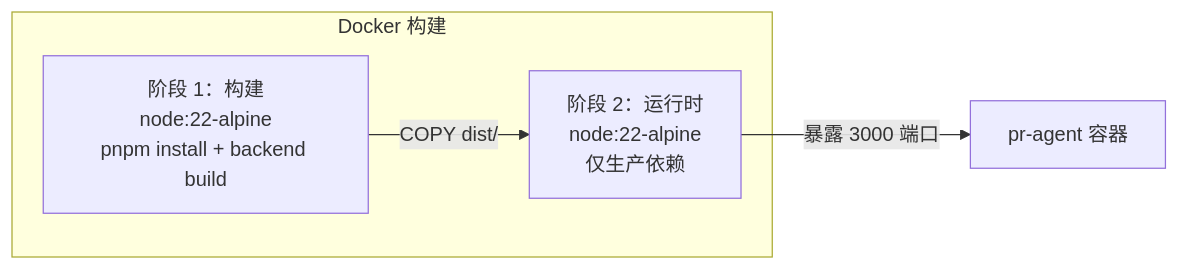
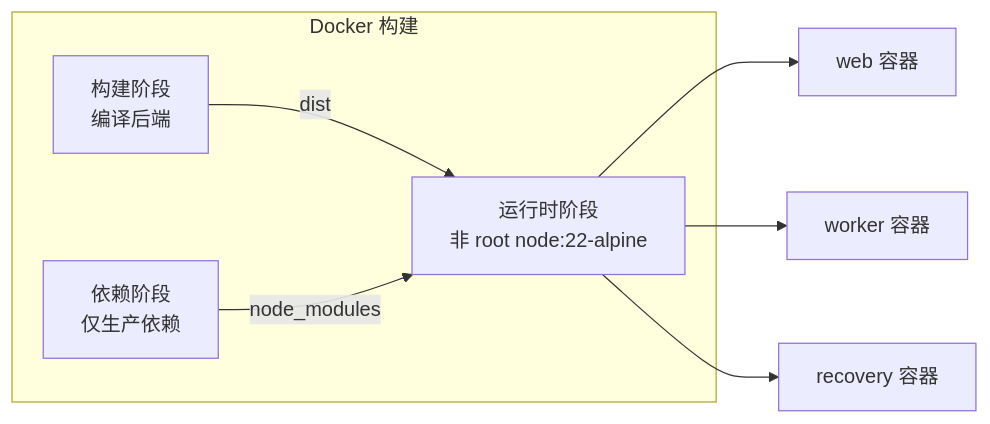
Before and after one commit to condevtools/pr-agent: the seventh of 8 diagrams in README-zh.md, drawn with Mermaid. The commit also changed other lines of this file and 37 other files, not shown here.

````diff
--- a/README-zh.md
+++ b/README-zh.md
@@ -581,9 +581,13 @@
 ```mermaid
 graph LR
     subgraph Docker 构建
-        B1[阶段 1：构建<br/>node:22-alpine<br/>pnpm install + backend build]
-        B2[阶段 2：运行时<br/>node:22-alpine<br/>仅生产依赖]
-        B1 -->|COPY dist/| B2
+        B1[构建阶段<br/>编译后端]
+        B2[依赖阶段<br/>仅生产依赖]
+        B3[运行时阶段<br/>非 root node:22-alpine]
+        B1 -->|dist| B3
+        B2 -->|node_modules| B3
     end
-    B2 -->|暴露 3000 端口| SRV[pr-agent 容器]
+    B3 --> W[web 容器]
+    B3 --> Q[worker 容器]
+    B3 --> R[recovery 容器]
 ```
````
